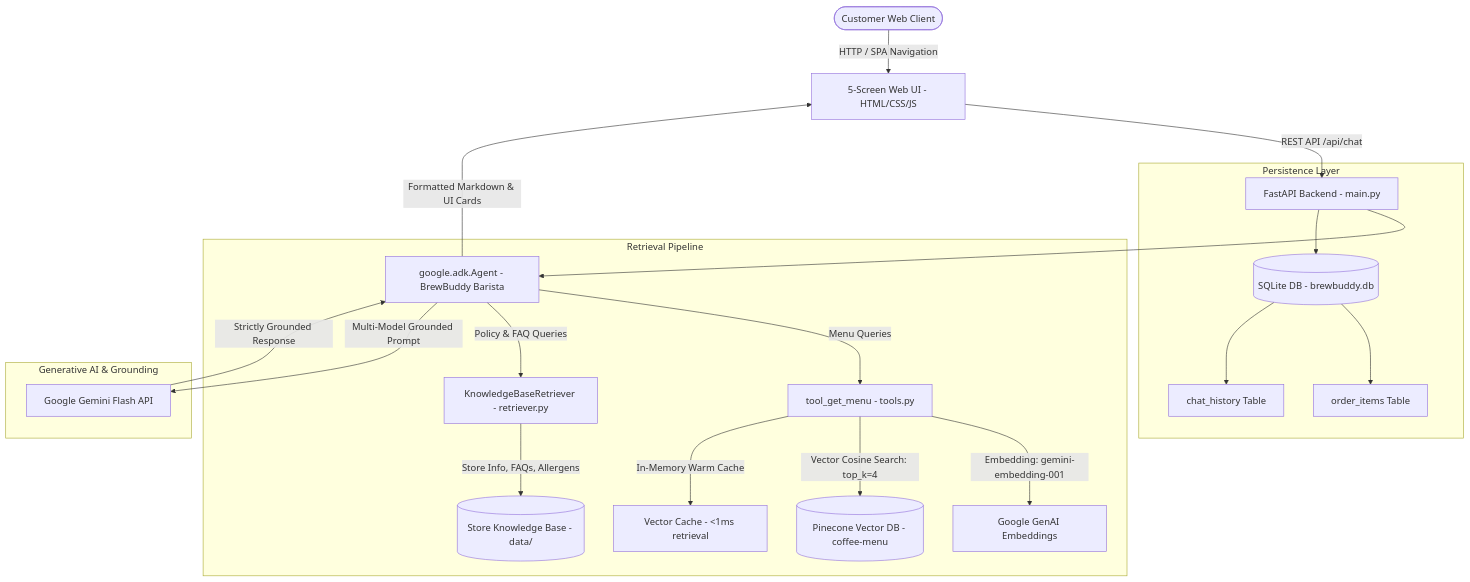
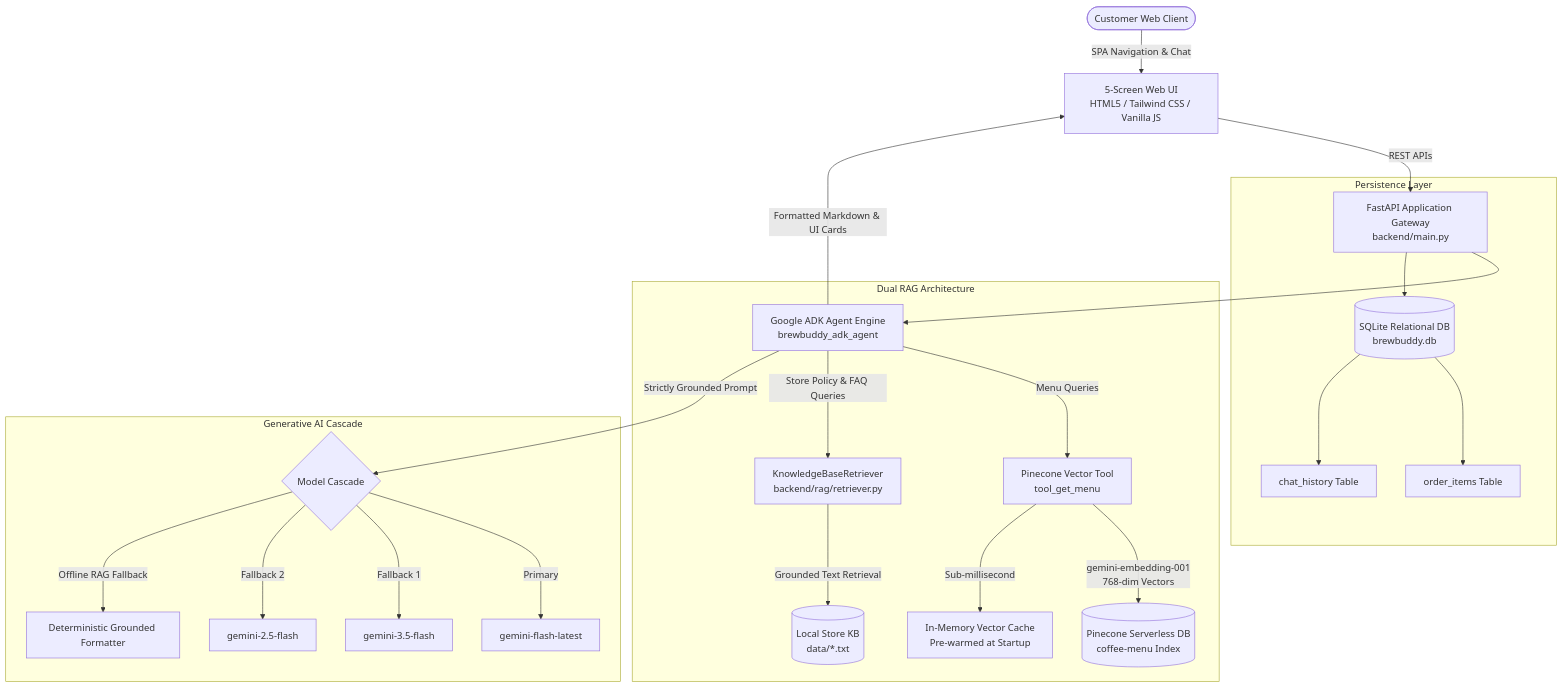
The diagram in README.md (hemu2205/AI-Assistant-for-coffee-shop), drawn with Mermaid before and after one commit. The commit also changed other lines of this file, not shown here.

Commit message:
docs: elevate README with enterprise architecture, Dual-RAG engine specs, API documentation, and deployment guide

````diff
--- a/README.md
+++ b/README.md
@@ -13,30 +33,39 @@
 ```mermaid
 graph TD
-    User([Customer Web Client]) -->|HTTP / SPA Navigation| Frontend[5-Screen Web UI - HTML/CSS/JS]
-    Frontend -->|REST API /api/chat| FastAPI[FastAPI Backend - main.py]
+    %% Clients
+    User([Customer Web Client]) -->|SPA Navigation & Chat| Frontend[5-Screen Web UI<br/>HTML5 / Tailwind CSS / Vanilla JS]
     
-    FastAPI --> ADKAgent[google.adk.Agent - BrewBuddy Barista]
+    %% API Gateway
+    Frontend -->|REST APIs| FastAPI[FastAPI Application Gateway<br/>backend/main.py]
     
-    subgraph Retrieval Pipeline
-        ADKAgent -->|Menu Queries| PineconeTool[tool_get_menu - tools.py]
-        PineconeTool -->|Embedding: gemini-embedding-001| GenAIEmbed[Google GenAI Embeddings]
-        PineconeTool -->|Vector Cosine Search: top_k=4| PineconeDB[(Pinecone Vector DB - coffee-menu)]
-        PineconeTool -->|In-Memory Warm Cache| LocalCache[Vector Cache - <1ms retrieval]
+    %% Agent Layer
+    FastAPI --> ADKAgent[Google ADK Agent Engine<br/>brewbuddy_adk_agent]
+    
+    %% Dual RAG Subsystem
+    subgraph Dual RAG Architecture
+        ADKAgent -->|Menu Queries| VectorTool[Pinecone Vector Tool<br/>tool_get_menu]
+        VectorTool -->|gemini-embedding-001<br/>768-dim Vectors| PineconeIndex[(Pinecone Serverless DB<br/>coffee-menu Index)]
+        VectorTool -->|Sub-millisecond| WarmCache[In-Memory Vector Cache<br/>Pre-warmed at Startup]
         
-        ADKAgent -->|Policy & FAQ Queries| FAQRetriever[KnowledgeBaseRetriever - retriever.py]
-        FAQRetriever -->|Store Info, FAQs, Allergens| StoreKB[(Store Knowledge Base - data/)]
+        ADKAgent -->|Store Policy & FAQ Queries| PolicyRetriever[KnowledgeBaseRetriever<br/>backend/rag/retriever.py]
+        PolicyRetriever -->|Grounded Text Retrieval| StoreData[(Local Store KB<br/>data/*.txt)]
     end
     
+    %% Storage Subsystem
     subgraph Persistence Layer
-        FastAPI --> SQLite[(SQLite DB - brewbuddy.db)]
+        FastAPI --> SQLite[(SQLite Relational DB<br/>brewbuddy.db)]
         SQLite --> OrderTable[order_items Table]
-        SQLite --> ChatTable[chat_history Table]
+        SQLite --> HistoryTable[chat_history Table]
     end
     
-    subgraph Generative AI & Grounding
-        ADKAgent -->|Multi-Model Grounded Prompt| Gemini[Google Gemini Flash API]
-        Gemini -->|Strictly Grounded Response| ADKAgent
+    %% Generative Model Layer
+    subgraph Generative AI Cascade
+        ADKAgent -->|Strictly Grounded Prompt| GenAICascade{Model Cascade}
+        GenAICascade -->|Primary| GeminiFlash[gemini-flash-latest]
+        GenAICascade -->|Fallback 1| Gemini35[gemini-3.5-flash]
+        GenAICascade -->|Fallback 2| Gemini25[gemini-2.5-flash]
+        GenAICascade -->|Offline RAG Fallback| DeterministicEngine[Deterministic Grounded Formatter]
     end
     
     ADKAgent -->|Formatted Markdown & UI Cards| Frontend
 ```
````
